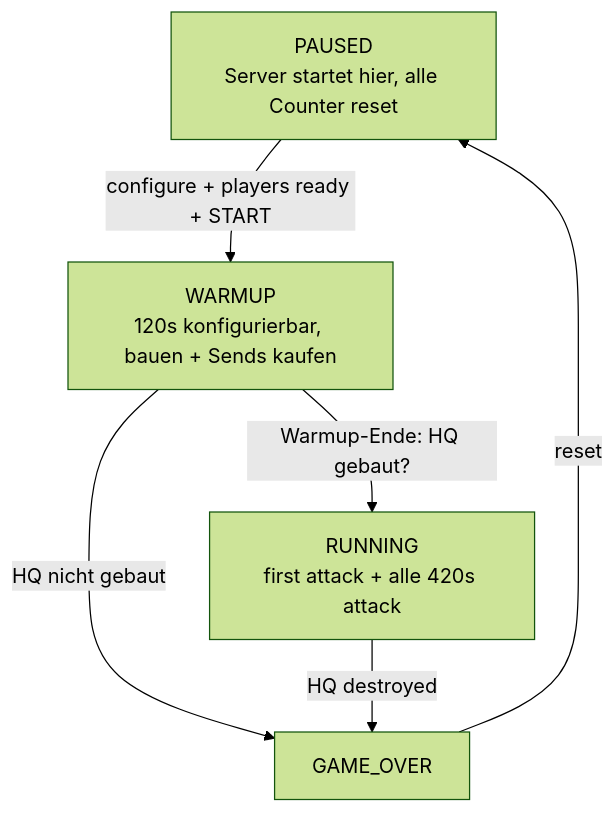
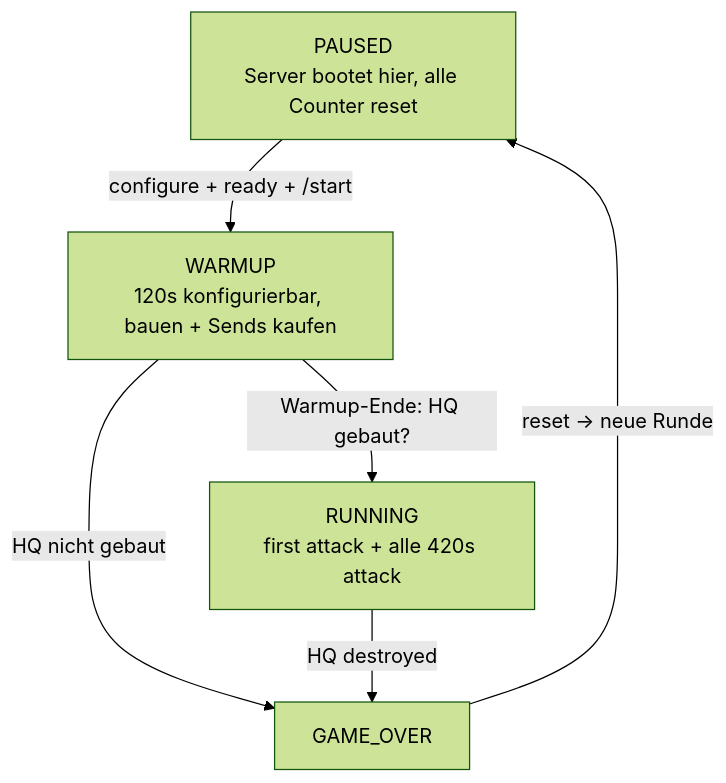
One commit to momokli/riftbreaker-battle-mod changed the diagram in docs/GAME_FLOW.md. Above: the diagram before and after it, drawn with Mermaid (forest theme). The commit also changed other lines of this file, not shown here.

First line of the commit message:
docs(game-flow): Entscheidungen aus dem Interview einarbeiten

````diff
--- a/docs/GAME_FLOW.md
+++ b/docs/GAME_FLOW.md
@@ -32,8 +32,8 @@
 ```mermaid
 flowchart TD
-    PAUSED[PAUSED<br/>Server startet hier, alle Counter reset] -->|"configure + players ready + START"| WARMUP[WARMUP<br/>120s konfigurierbar, bauen + Sends kaufen]
+    PAUSED[PAUSED<br/>Server bootet hier, alle Counter reset] -->|"configure + ready + /start"| WARMUP[WARMUP<br/>120s konfigurierbar, bauen + Sends kaufen]
     WARMUP -->|"Warmup-Ende: HQ gebaut?"| RUNNING[RUNNING<br/>first attack + alle 420s attack]
     WARMUP -->|"HQ nicht gebaut"| GAMEOVER[GAME_OVER]
     RUNNING -->|"HQ destroyed"| GAMEOVER
-    GAMEOVER -->|"reset"| PAUSED
+    GAMEOVER -->|"reset → neue Runde"| PAUSED
 ```
````
